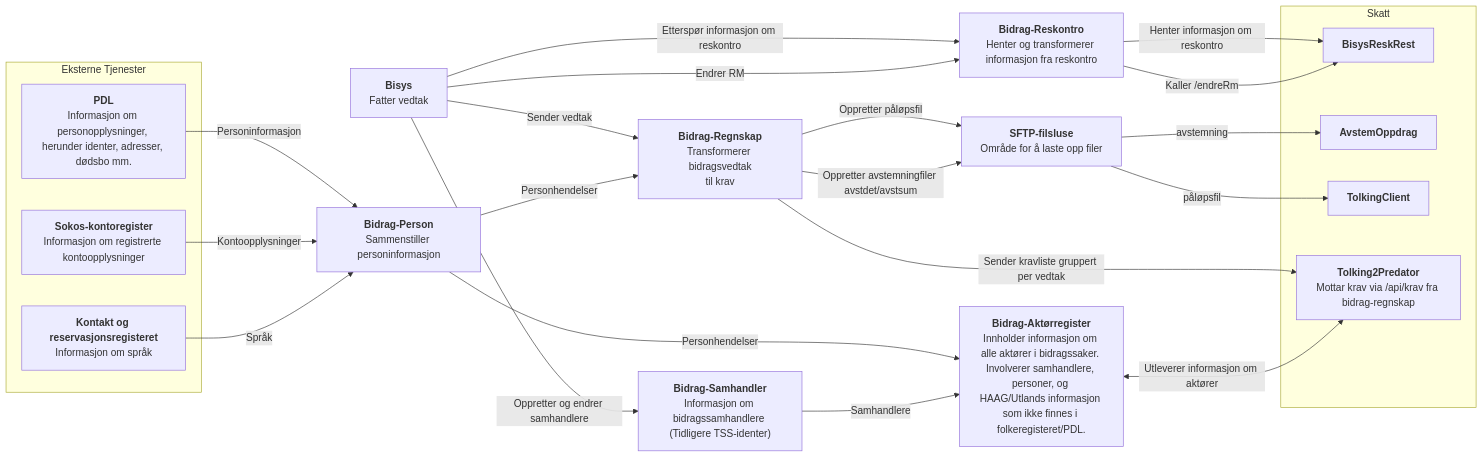
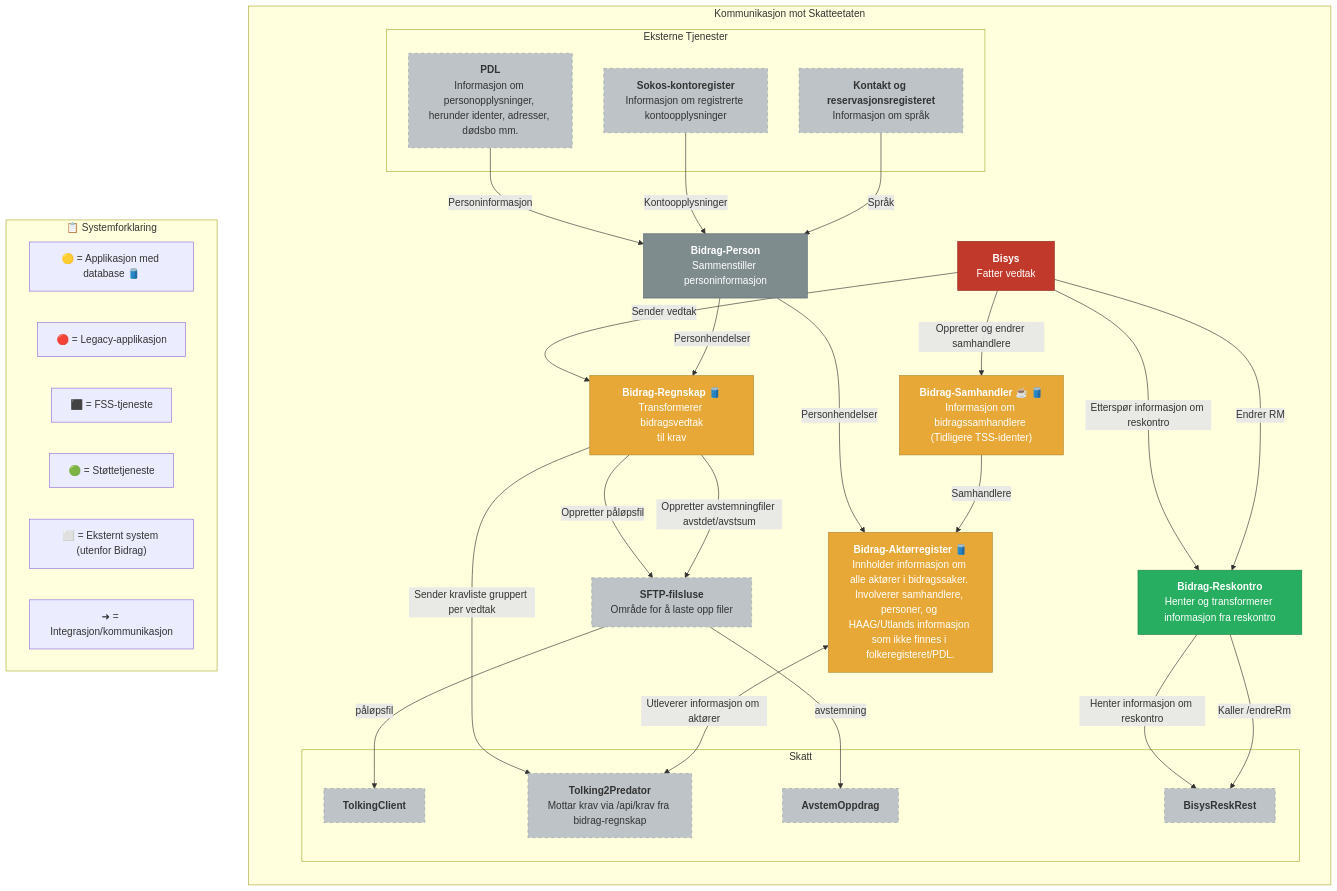
Before and after one commit to navikt/bidrag-dokumentasjon: the diagram in dokumentasjon/systemdokumentasjon/kommunikasjon_mot_skatteetaten.mermaid, drawn with Mermaid. The commit also changed other lines of this file and 3 other files, not shown here.

Commit message:
Oppretter mulighet for å klikke på diagrammer inni andre diagrammer

```diff
--- a/dokumentasjon/systemdokumentasjon/kommunikasjon_mot_skatteetaten.mermaid
+++ b/dokumentasjon/systemdokumentasjon/kommunikasjon_mot_skatteetaten.mermaid
@@ -1,61 +1,87 @@
 ---
 config:
   layout: fixed
 ---
-graph LR
+graph TB
 
-    Bisys["<b>Bisys</b><br/>Fatter vedtak"]
-    BidragRegnskap["<b>Bidrag-Regnskap</b><br/>Transformerer bidragsvedtak<br/>til krav"]
-    BidragReskontro["<b>Bidrag-Reskontro</b></br/>Henter og transformerer informasjon fra reskontro"]
-    BidragAktoerregister["<b>Bidrag-Aktørregister</b></br/>Innholder informasjon om alle aktører i bidragssaker. Involverer samhandlere, personer, og HAAG/Utlands informasjon som ikke finnes i folkeregisteret/PDL."]
-    BidragPerson["<b>Bidrag-Person</b></br/>Sammenstiller personinformasjon"]
-    BidragSamhandler["<b>Bidrag-Samhandler</b></br/>Informasjon om bidragssamhandlere (Tidligere TSS-identer)"]
+    classDef frontend fill:#4A90D9,color:#fff,stroke:#2c6fad
+    classDef legacyFSS fill:#7F8C8D,color:#fff,stroke:#566573
+    classDef withDb fill:#E8A838,color:#fff,stroke:#b5852a
+    classDef legacyApp fill:#C0392B,color:#fff,stroke:#922b21
+    classDef utility fill:#27AE60,color:#fff,stroke:#1e8449
+    classDef external fill:#BDC3C7,color:#333,stroke:#95A5A6,stroke-dasharray: 5 5
 
-    subgraph Skatt
-        BisysReskRest["<b>BisysReskRest</b>"]
-        AvstemOppdrag["<b>AvstemOppdrag</b>"]
-        TolkingClient["<b>TolkingClient</b>"]
-        Tolking2Predator["<b>Tolking2Predator</b><br/>Mottar krav via /api/krav fra bidrag-regnskap"]
+    subgraph Kommunikasjon["Kommunikasjon mot Skatteetaten"]
+        direction TB
 
-    end
+        Bisys["<b>Bisys</b><br/>Fatter vedtak"]
+        BidragRegnskap["<b>Bidrag-Regnskap</b> 🛢️<br/>Transformerer bidragsvedtak<br/>til krav"]
+        BidragReskontro["<b>Bidrag-Reskontro</b><br/>Henter og transformerer informasjon fra reskontro"]
+        BidragAktoerregister["<b>Bidrag-Aktørregister</b> 🛢️<br/>Innholder informasjon om alle aktører i bidragssaker. Involverer samhandlere, personer, og HAAG/Utlands informasjon som ikke finnes i folkeregisteret/PDL."]
+        BidragPerson["<b>Bidrag-Person</b><br/>Sammenstiller personinformasjon"]
+        BidragSamhandler["<b>Bidrag-Samhandler</b> ☕ 🛢️<br/>Informasjon om bidragssamhandlere (Tidligere TSS-identer)"]
 
-    SFTPFilsluse["<b>SFTP-filsluse</b><br/>Område for å laste opp filer"]
+        subgraph Skatt
+            BisysReskRest["<b>BisysReskRest</b>"]
+            AvstemOppdrag["<b>AvstemOppdrag</b>"]
+            TolkingClient["<b>TolkingClient</b>"]
+            Tolking2Predator["<b>Tolking2Predator</b><br/>Mottar krav via /api/krav fra bidrag-regnskap"]
+        end
 
-    subgraph Eksterne Tjenester
-        KKR["<b>Kontakt og reservasjonsregisteret</b></br/>Informasjon om språk"]
-        SokosKontoregister["<b>Sokos-kontoregister</b></br/>Informasjon om registrerte kontoopplysninger"]
-        PDL["<b>PDL</b></br/>Informasjon om personopplysninger, herunder identer, adresser, dødsbo mm."]
+        SFTPFilsluse["<b>SFTP-filsluse</b><br/>Område for å laste opp filer"]
+
+        subgraph Eksterne Tjenester
+            KKR["<b>Kontakt og reservasjonsregisteret</b><br/>Informasjon om språk"]
+            SokosKontoregister["<b>Sokos-kontoregister</b><br/>Informasjon om registrerte kontoopplysninger"]
+            PDL["<b>PDL</b><br/>Informasjon om personopplysninger, herunder identer, adresser, dødsbo mm."]
+        end
     end
 
 
     Bisys -->|Sender vedtak| BidragRegnskap
 
     SFTPFilsluse -->|påløpsfil| TolkingClient
     BidragRegnskap -->|Sender kravliste gruppert per vedtak| Tolking2Predator
     BidragRegnskap -->|Oppretter påløpsfil| SFTPFilsluse
     BidragRegnskap -->|Oppretter avstemningfiler avstdet/avstsum| SFTPFilsluse
     SFTPFilsluse -->|avstemning| AvstemOppdrag
 
 
     BidragReskontro -->| Henter informasjon om reskontro | BisysReskRest
     Bisys --> | Etterspør informasjon om reskontro | BidragReskontro
     BidragReskontro -->| Kaller /endreRm | BisysReskRest
     Bisys --> | Endrer RM | BidragReskontro
 
 
     BidragAktoerregister <--> | Utleverer informasjon om aktører | Tolking2Predator
     BidragPerson --> | Personhendelser | BidragAktoerregister
     BidragPerson --> | Personhendelser | BidragRegnskap
     PDL --> | Personinformasjon| BidragPerson
     SokosKontoregister --> | Kontoopplysninger | BidragPerson
     KKR --> | Språk | BidragPerson
 
     Bisys --> | Oppretter og endrer samhandlere | BidragSamhandler
     BidragSamhandler --> | Samhandlere | BidragAktoerregister
 
     click BidragSamhandler visApplikasjon "Åpne applikasjonsbeskrivelse"
     click Bisys visApplikasjon "Åpne applikasjonsbeskrivelse"
     click BidragPerson visApplikasjon "Åpne applikasjonsbeskrivelse"
     click BidragAktoerregister visApplikasjon "Åpne applikasjonsbeskrivelse"
     click BidragReskontro visApplikasjon "Åpne applikasjonsbeskrivelse"
     click BidragRegnskap visApplikasjon "Åpne applikasjonsbeskrivelse"
+
+    %% Color assignments
+    class Bisys legacyApp
+    class BidragRegnskap,BidragAktoerregister,BidragSamhandler withDb
+    class BidragPerson legacyFSS
+    class BidragReskontro utility
+    class BisysReskRest,AvstemOppdrag,TolkingClient,Tolking2Predator,SFTPFilsluse,KKR,SokosKontoregister,PDL external
+
+    subgraph Legend["📋 Systemforklaring"]
+        LegendDb["🟡 = Applikasjon med database 🛢️"]
+        LegendLegacy["🔴 = Legacy-applikasjon"]
+        LegendFSS["⬛ = FSS-tjeneste"]
+        LegendUtility["🟢 = Støttetjeneste"]
+        LegendExternal["⬜ = Eksternt system (utenfor Bidrag)"]
+        LegendArrows["➜ = Integrasjon/kommunikasjon"]
+    end
```
